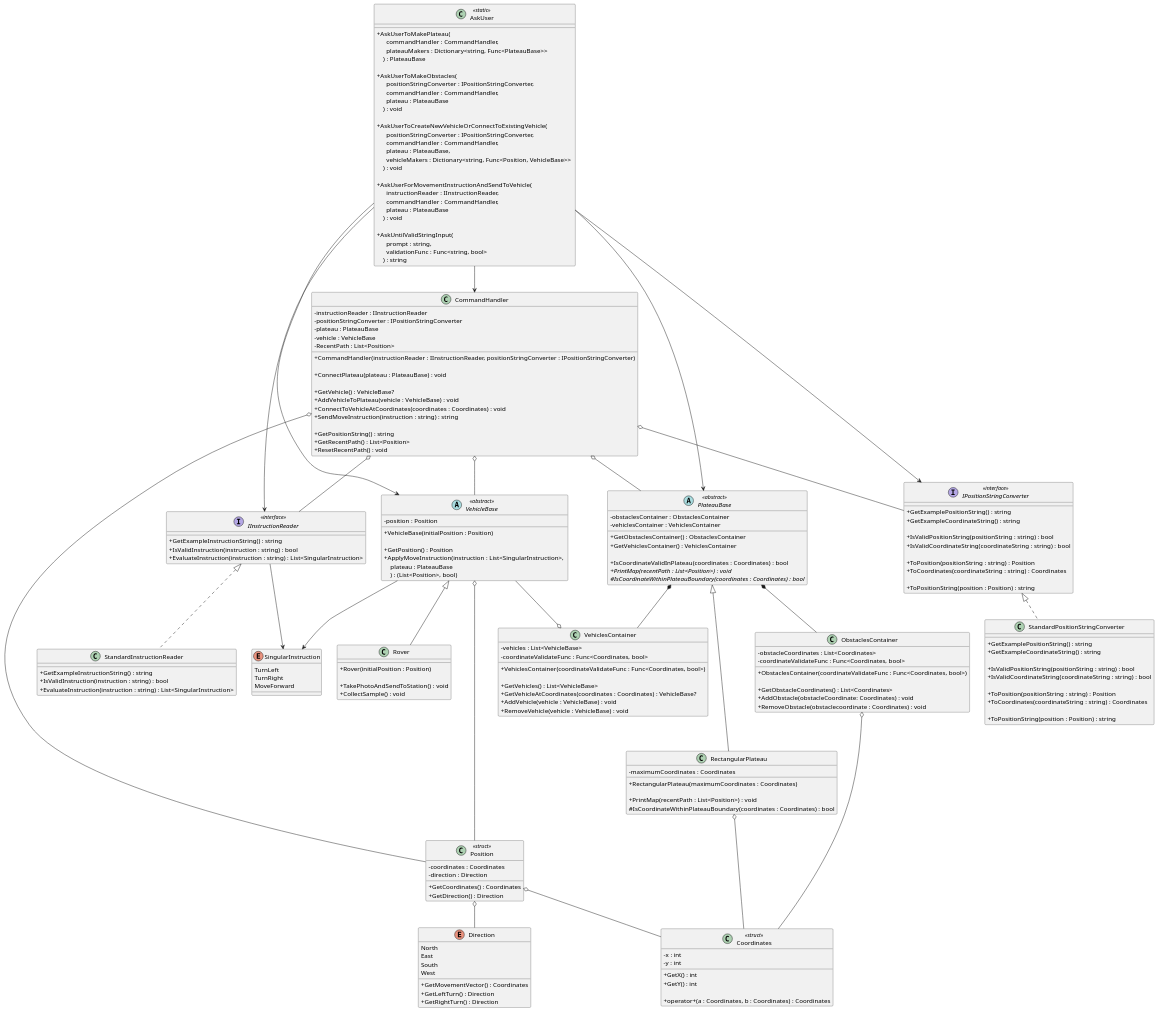
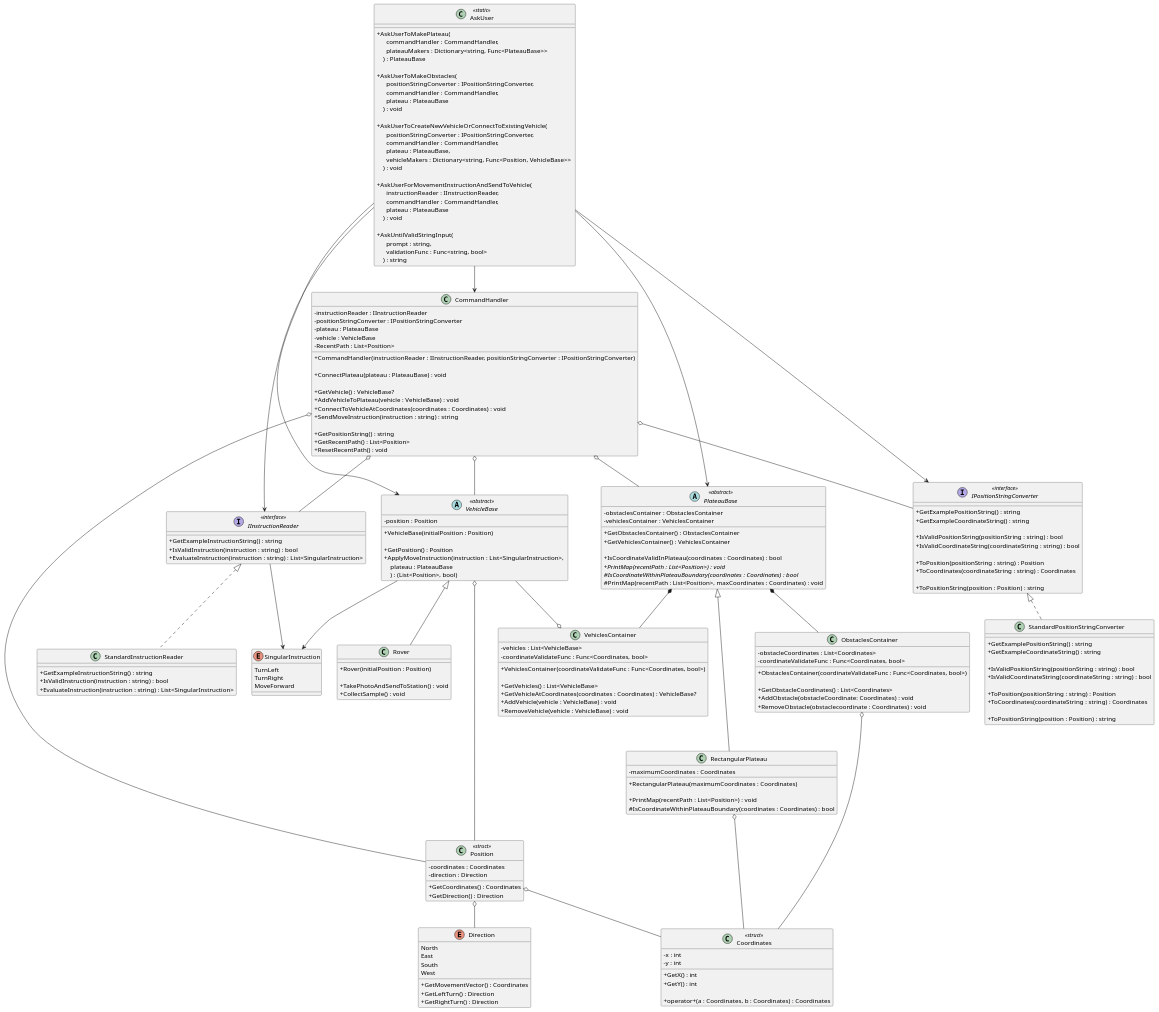
The diagram in diagrams/MarsRoverChallenge.puml (iamfranco/MarsRoverChallenge), drawn with PlantUML before and after one commit. The commit also changed 1 other file, not shown here.

Commit message:
UML: add PrintMap protected method in PlateauBase, it holds the main body of the print method

```diff
--- a/diagrams/MarsRoverChallenge.puml
+++ b/diagrams/MarsRoverChallenge.puml
@@ -99,6 +99,7 @@
   + IsCoordinateValidInPlateau(coordinates : Coordinates) : bool
   {abstract} + PrintMap(recentPath : List<Position>) : void
   {abstract} # IsCoordinateWithinPlateauBoundary(coordinates : Coordinates) : bool
+  # PrintMap(recentPath : List<Position>, maxCoordinates : Coordinates) : void
 }
 
 class RectangularPlateau
```
